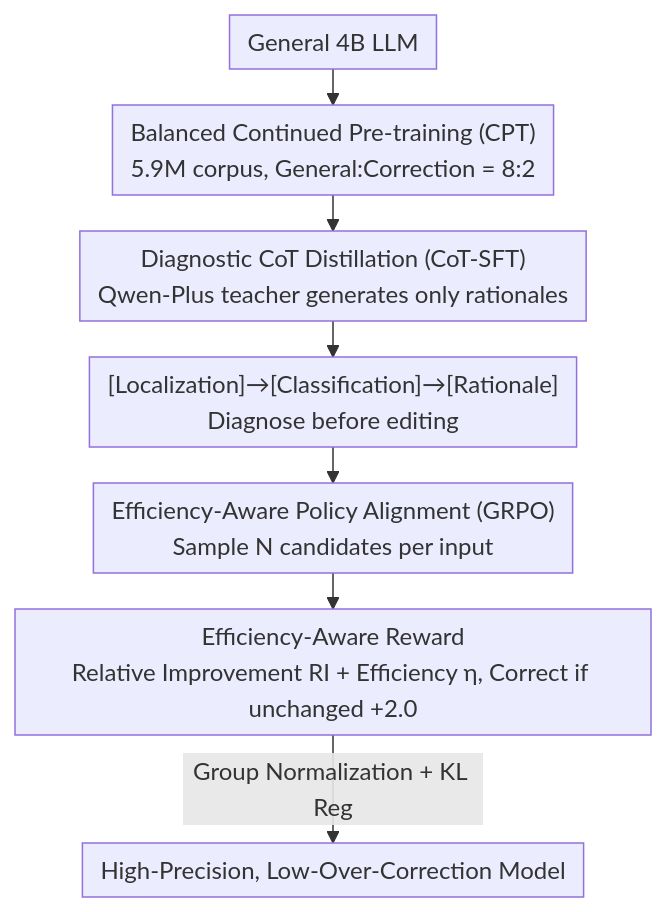
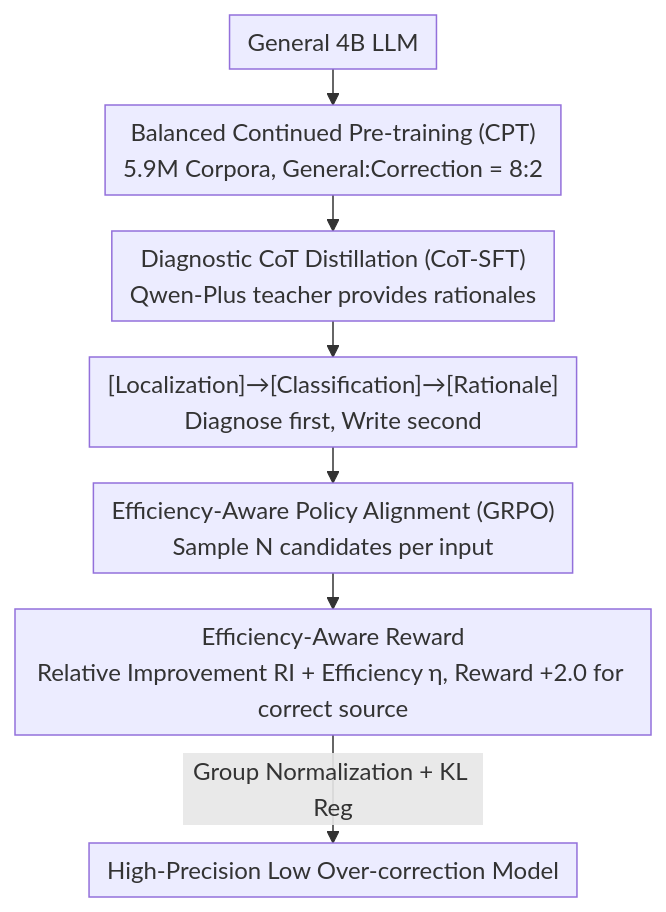
One commit to zhaoyang97/Paper-Notes-en changed the diagram in docs/ACL2026/llm_reasoning/csrp_chain-of-thought_reasoning_for_chinese_text_correction_via_reinforcement_le.md. Above: the diagram before and after it, drawn with Mermaid. The commit also changed other lines of this file and 5084 other files, not shown here.

````diff
--- a/docs/ACL2026/llm_reasoning/csrp_chain-of-thought_reasoning_for_chinese_text_correction_via_reinforcement_le.md
+++ b/docs/ACL2026/llm_reasoning/csrp_chain-of-thought_reasoning_for_chinese_text_correction_via_reinforcement_le.md
@@ -43,10 +43,10 @@
 ```mermaid
 %%{init: {'flowchart': {'rankSpacing': 24, 'nodeSpacing': 28, 'padding': 6, 'wrappingWidth': 400}}}%%
 flowchart TD
-    A["General 4B LLM"] --> B["Balanced Continued Pre-training (CPT)<br/>5.9M corpus, General:Correction = 8:2"]
-    B --> C["Diagnostic CoT Distillation (CoT-SFT)<br/>Qwen-Plus teacher generates only rationales"]
-    C --> D["[Localization]→[Classification]→[Rationale]<br/>Diagnose before editing"]
+    A["General 4B LLM"] --> B["Balanced Continued Pre-training (CPT)<br/>5.9M Corpora, General:Correction = 8:2"]
+    B --> C["Diagnostic CoT Distillation (CoT-SFT)<br/>Qwen-Plus teacher provides rationales"]
+    C --> D["[Localization]→[Classification]→[Rationale]<br/>Diagnose first, Write second"]
     D --> E["Efficiency-Aware Policy Alignment (GRPO)<br/>Sample N candidates per input"]
-    E --> F["Efficiency-Aware Reward<br/>Relative Improvement RI + Efficiency η, Correct if unchanged +2.0"]
-    F -->|Group Normalization + KL Reg| G["High-Precision, Low-Over-Correction Model"]
+    E --> F["Efficiency-Aware Reward<br/>Relative Improvement RI + Efficiency η, Reward +2.0 for correct source"]
+    F -->|Group Normalization + KL Reg| G["High-Precision Low Over-correction Model"]
 ```
````
